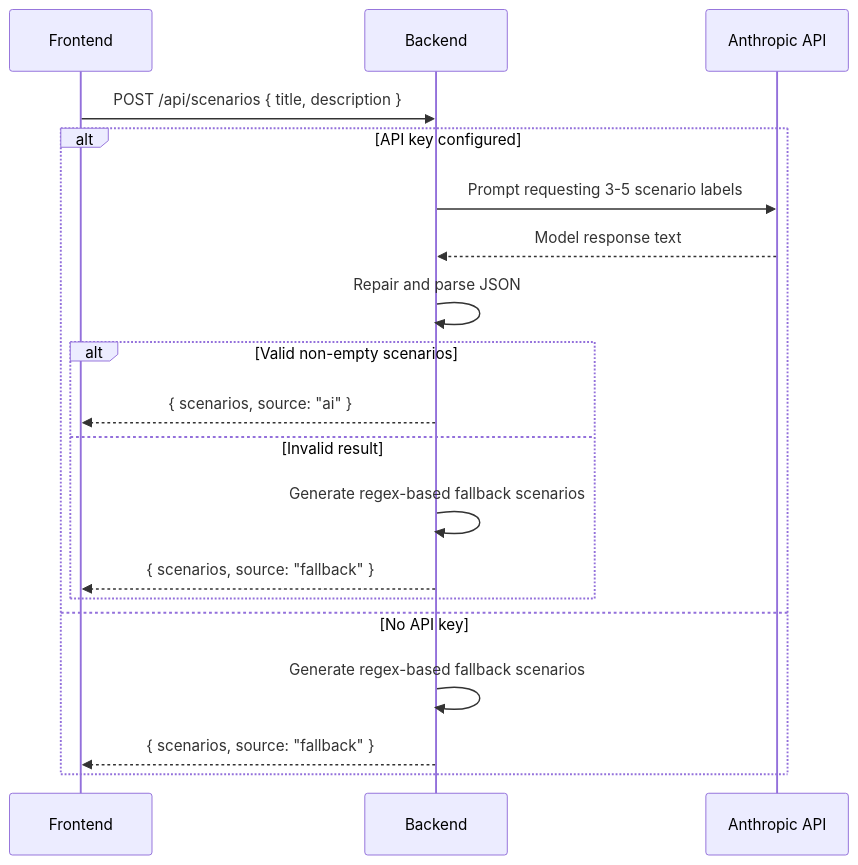
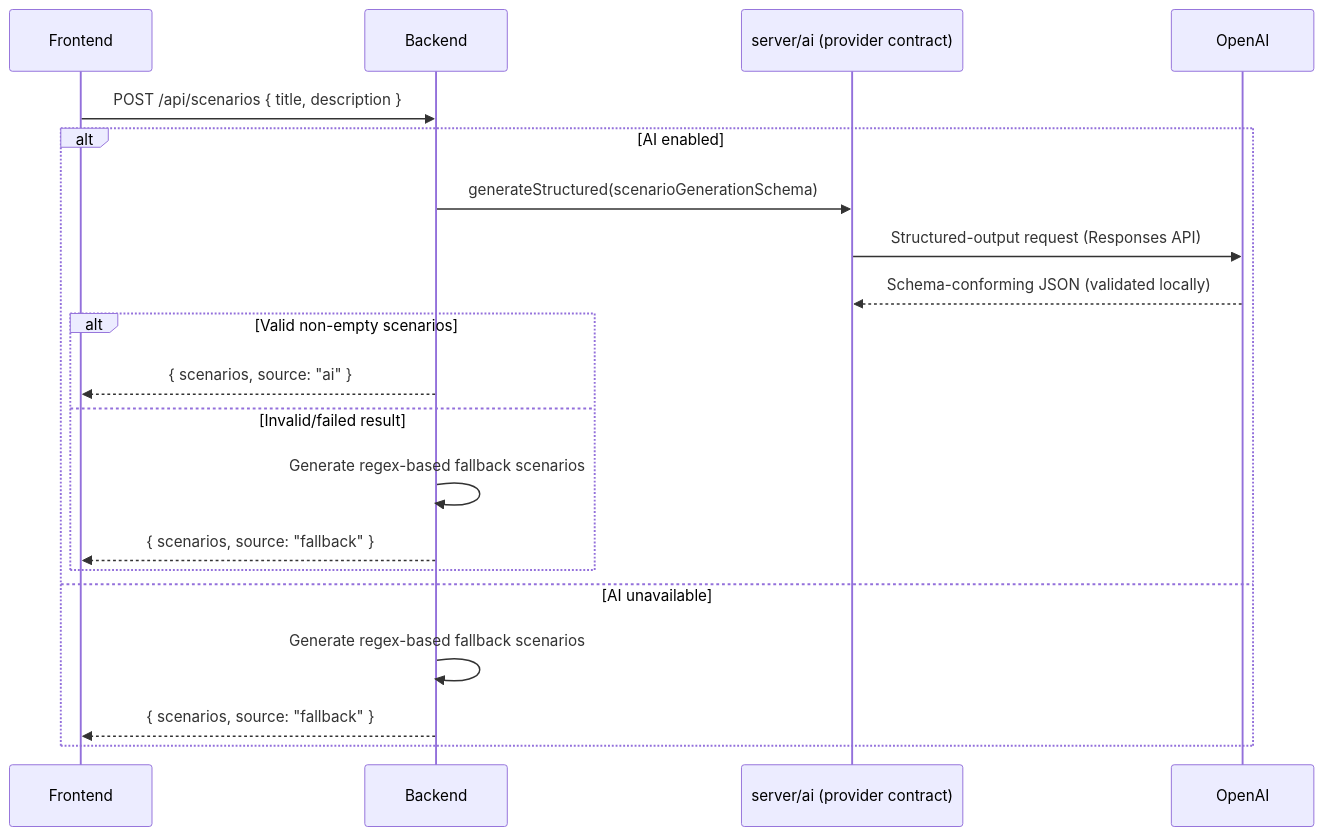
The second of 3 diagrams in docs/architecture/DATA_FLOW.md (abdo2006-dev/ScenarioRank-AI), drawn with Mermaid before and after one commit. The commit also changed other lines of this file and 84 other files, not shown here.

````diff
--- a/docs/architecture/DATA_FLOW.md
+++ b/docs/architecture/DATA_FLOW.md
@@ -21,22 +21,23 @@
 ```mermaid
 sequenceDiagram
     participant F as Frontend
     participant B as Backend
-    participant A as Anthropic API
+    participant P as server/ai (provider contract)
+    participant A as OpenAI
 
     F->>B: POST /api/scenarios { title, description }
-    alt API key configured
-        B->>A: Prompt requesting 3-5 scenario labels
-        A-->>B: Model response text
-        B->>B: Repair and parse JSON
+    alt AI enabled
+        B->>P: generateStructured(scenarioGenerationSchema)
+        P->>A: Structured-output request (Responses API)
+        A-->>P: Schema-conforming JSON (validated locally)
         alt Valid non-empty scenarios
             B-->>F: { scenarios, source: "ai" }
-        else Invalid result
+        else Invalid/failed result
             B->>B: Generate regex-based fallback scenarios
             B-->>F: { scenarios, source: "fallback" }
         end
-    else No API key
+    else AI unavailable
         B->>B: Generate regex-based fallback scenarios
         B-->>F: { scenarios, source: "fallback" }
     end
 ```
````
